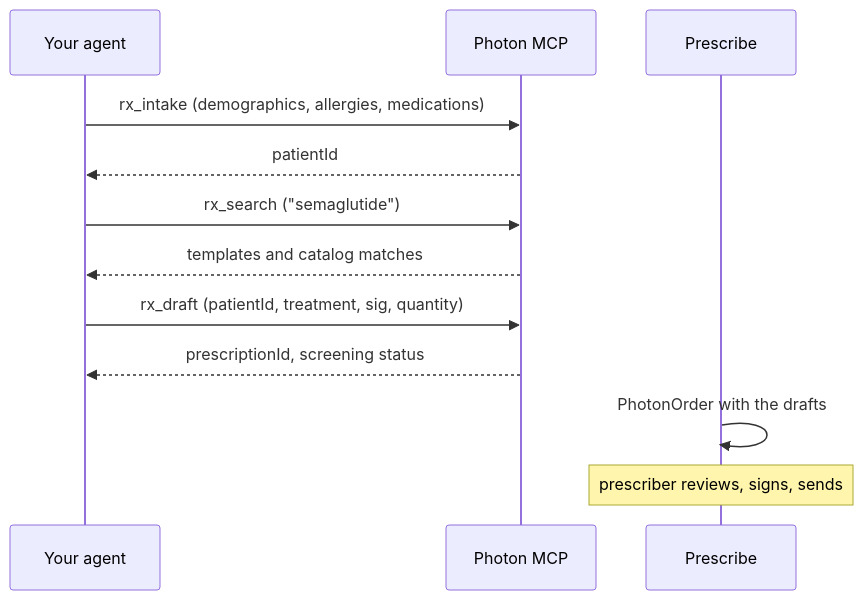
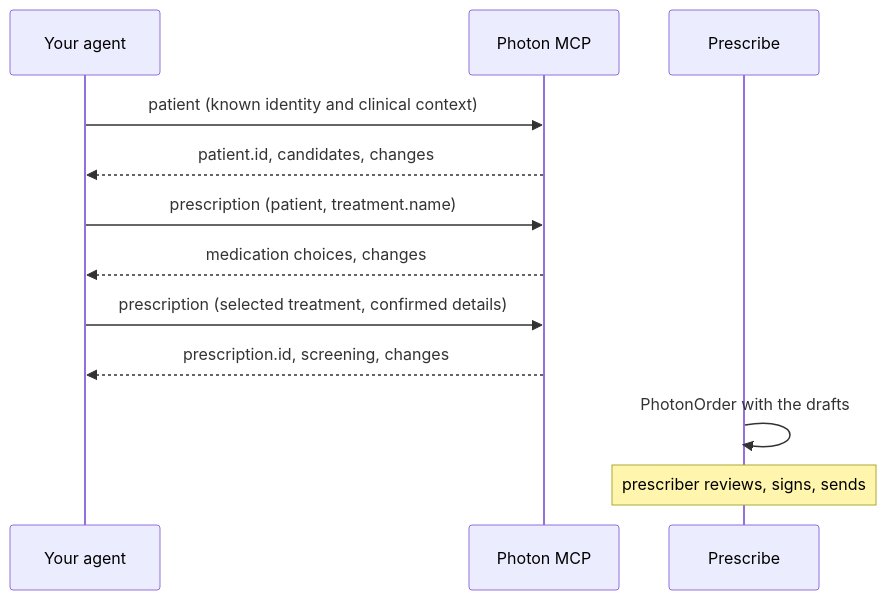
Before and after one commit to Photon-Health/docs: the diagram in integrations/agent-drafted-orders.mdx, drawn with Mermaid. The commit also changed other lines of this file and 8 other files, not shown here.

````diff
--- a/integrations/agent-drafted-orders.mdx
+++ b/integrations/agent-drafted-orders.mdx
@@ -14,14 +14,14 @@
 ```mermaid
 sequenceDiagram
   participant A as Your agent
   participant M as Photon MCP
   participant F as Prescribe
-  A->>M: rx_intake (demographics, allergies, medications)
-  M-->>A: patientId
-  A->>M: rx_search ("semaglutide")
-  M-->>A: templates and catalog matches
-  A->>M: rx_draft (patientId, treatment, sig, quantity)
-  M-->>A: prescriptionId, screening status
+  A->>M: patient (known identity and clinical context)
+  M-->>A: patient.id, candidates, changes
+  A->>M: prescription (patient, treatment.name)
+  M-->>A: medication choices, changes
+  A->>M: prescription (selected treatment, confirmed details)
+  M-->>A: prescription.id, screening, changes
   F->>F: PhotonOrder with the drafts
   Note over F: prescriber reviews, signs, sends
 ```
````
